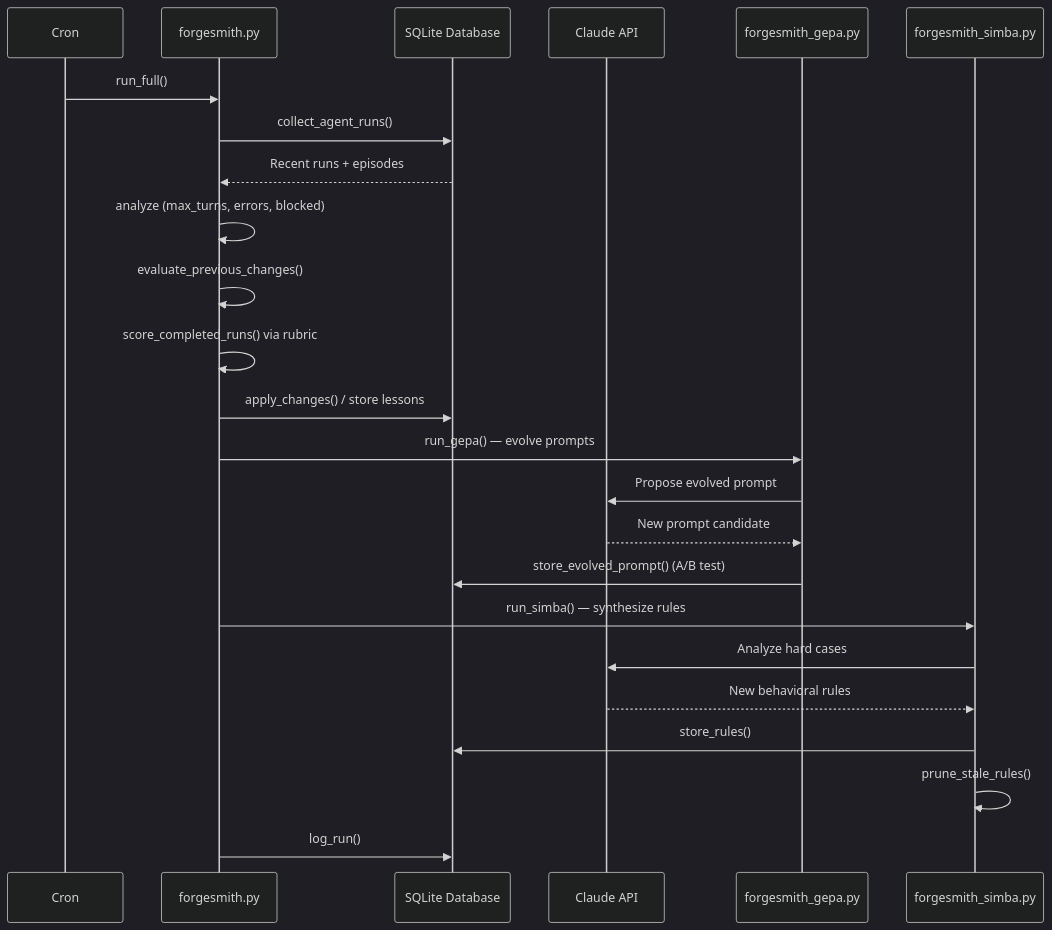
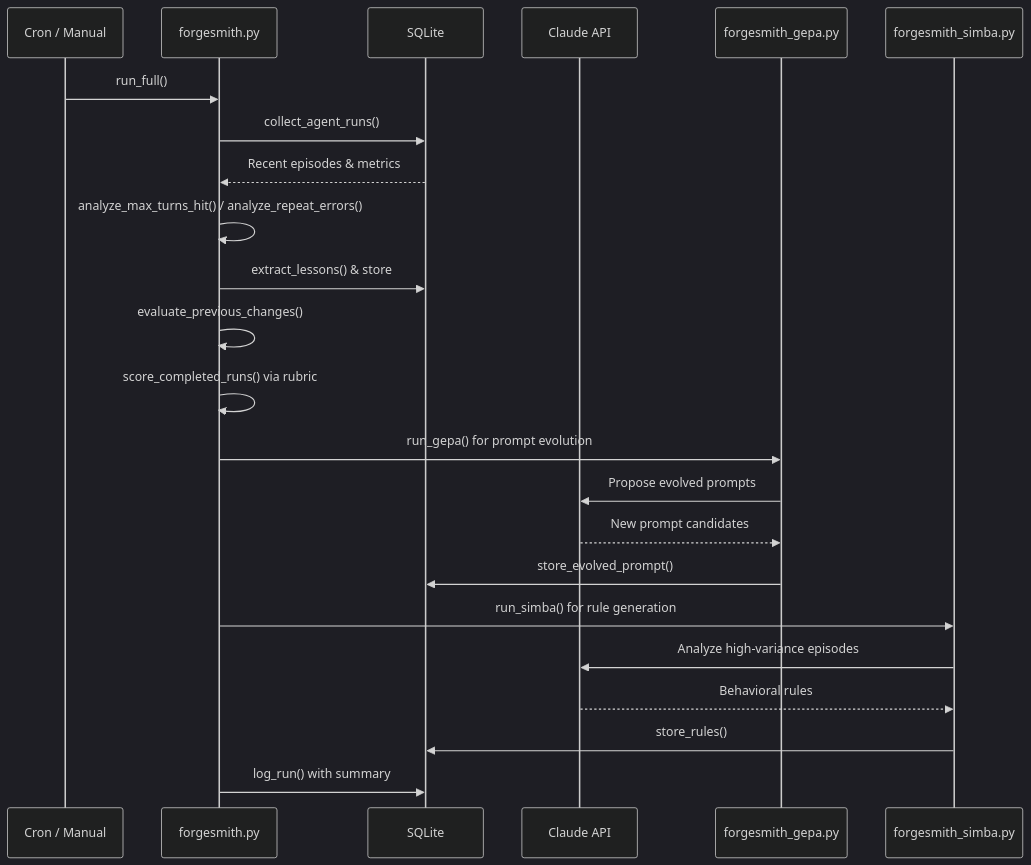
One commit to sbknana/equipa changed the third of 4 diagrams in docs/ARCHITECTURE.md. Above: the diagram before and after it, drawn with Mermaid (dark theme). The commit also changed other lines of this file and 9 other files, not shown here.

````diff
--- a/docs/ARCHITECTURE.md
+++ b/docs/ARCHITECTURE.md
@@ -114,27 +96,26 @@
 ```mermaid
 sequenceDiagram
-    participant Cron
+    participant Cron as Cron / Manual
     participant FS as forgesmith.py
-    participant DB as SQLite Database
+    participant DB as SQLite
     participant Claude as Claude API
     participant GEPA as forgesmith_gepa.py
     participant SIMBA as forgesmith_simba.py
 
     Cron->>FS: run_full()
     FS->>DB: collect_agent_runs()
-    DB-->>FS: Recent runs + episodes
-    FS->>FS: analyze (max_turns, errors, blocked)
+    DB-->>FS: Recent episodes & metrics
+    FS->>FS: analyze_max_turns_hit() / analyze_repeat_errors()
+    FS->>DB: extract_lessons() & store
     FS->>FS: evaluate_previous_changes()
     FS->>FS: score_completed_runs() via rubric
-    FS->>DB: apply_changes() / store lessons
-    FS->>GEPA: run_gepa() — evolve prompts
-    GEPA->>Claude: Propose evolved prompt
-    Claude-->>GEPA: New prompt candidate
-    GEPA->>DB: store_evolved_prompt() (A/B test)
-    FS->>SIMBA: run_simba() — synthesize rules
-    SIMBA->>Claude: Analyze hard cases
-    Claude-->>SIMBA: New behavioral rules
+    FS->>GEPA: run_gepa() for prompt evolution
+    GEPA->>Claude: Propose evolved prompts
+    Claude-->>GEPA: New prompt candidates
+    GEPA->>DB: store_evolved_prompt()
+    FS->>SIMBA: run_simba() for rule generation
+    SIMBA->>Claude: Analyze high-variance episodes
+    Claude-->>SIMBA: Behavioral rules
     SIMBA->>DB: store_rules()
-    SIMBA->>SIMBA: prune_stale_rules()
-    FS->>DB: log_run()
+    FS->>DB: log_run() with summary
 ```
````
